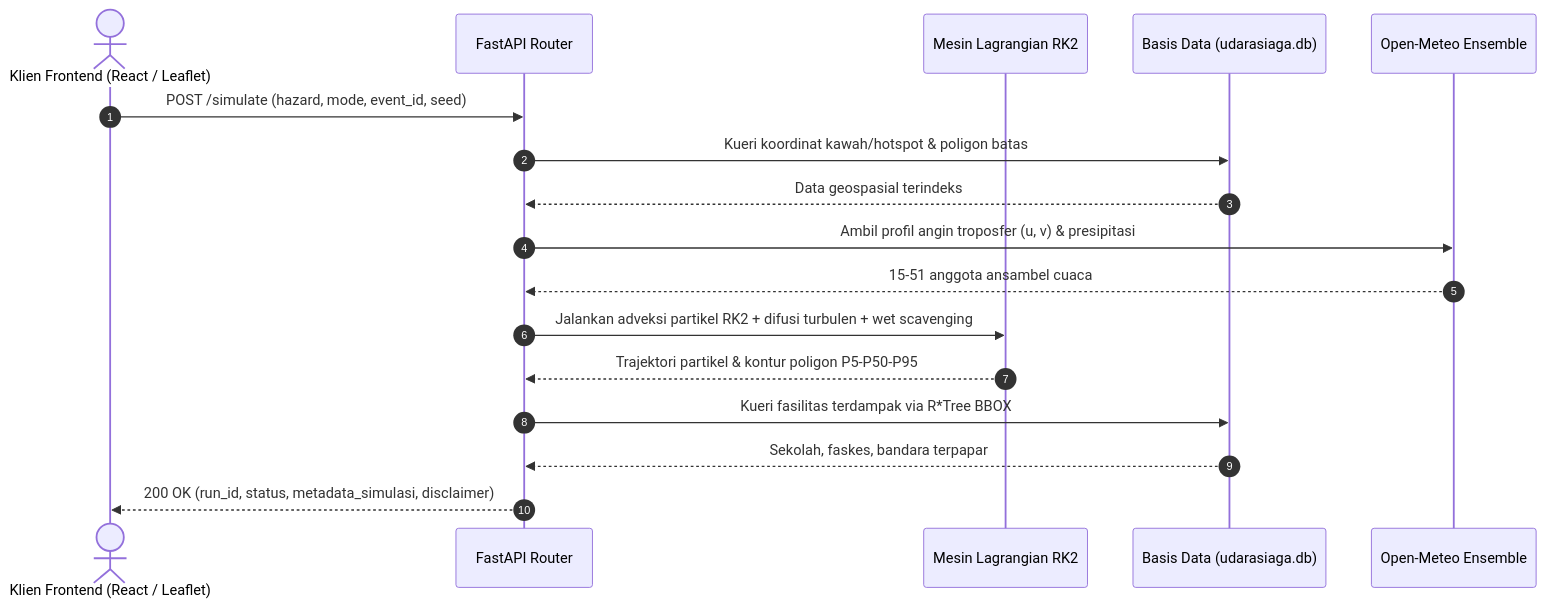
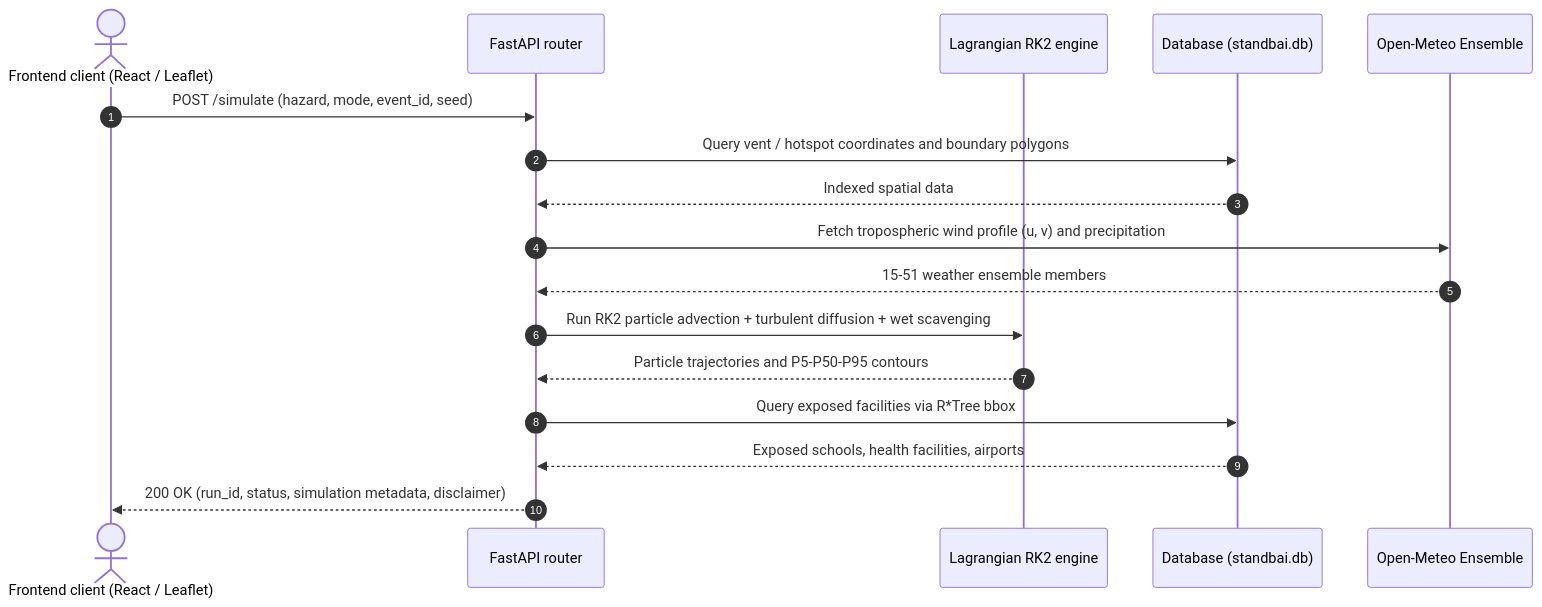
One commit to ITHACKITS/BE-FORGEHACK-2026 changed the diagram in docs/API_CONTRACT.md. Above: the diagram before and after it, drawn with Mermaid. The commit also changed other lines of this file and 3 other files, not shown here.

Commit message:
docs: translate engine spec, sources and API contract to English

````diff
--- a/docs/API_CONTRACT.md
+++ b/docs/API_CONTRACT.md
@@ -77,20 +77,20 @@
 ```mermaid
 sequenceDiagram
     autonumber
-    actor Client as Klien Frontend (React / Leaflet)
-    participant API as FastAPI Router
-    participant Engine as Mesin Lagrangian RK2
-    participant DB as Basis Data (udarasiaga.db)
+    actor Client as Frontend client (React / Leaflet)
+    participant API as FastAPI router
+    participant Engine as Lagrangian RK2 engine
+    participant DB as Database (standbai.db)
     participant Weather as Open-Meteo Ensemble
 
     Client->>API: POST /simulate (hazard, mode, event_id, seed)
-    API->>DB: Kueri koordinat kawah/hotspot & poligon batas
-    DB-->>API: Data geospasial terindeks
-    API->>Weather: Ambil profil angin troposfer (u, v) & presipitasi
-    Weather-->>API: 15-51 anggota ansambel cuaca
-    API->>Engine: Jalankan adveksi partikel RK2 + difusi turbulen + wet scavenging
-    Engine-->>API: Trajektori partikel & kontur poligon P5-P50-P95
-    API->>DB: Kueri fasilitas terdampak via R*Tree BBOX
-    DB-->>API: Sekolah, faskes, bandara terpapar
-    API-->>Client: 200 OK (run_id, status, metadata_simulasi, disclaimer)
+    API->>DB: Query vent / hotspot coordinates and boundary polygons
+    DB-->>API: Indexed spatial data
+    API->>Weather: Fetch tropospheric wind profile (u, v) and precipitation
+    Weather-->>API: 15-51 weather ensemble members
+    API->>Engine: Run RK2 particle advection + turbulent diffusion + wet scavenging
+    Engine-->>API: Particle trajectories and P5-P50-P95 contours
+    API->>DB: Query exposed facilities via R*Tree bbox
+    DB-->>API: Exposed schools, health facilities, airports
+    API-->>Client: 200 OK (run_id, status, simulation metadata, disclaimer)
 ```
````
